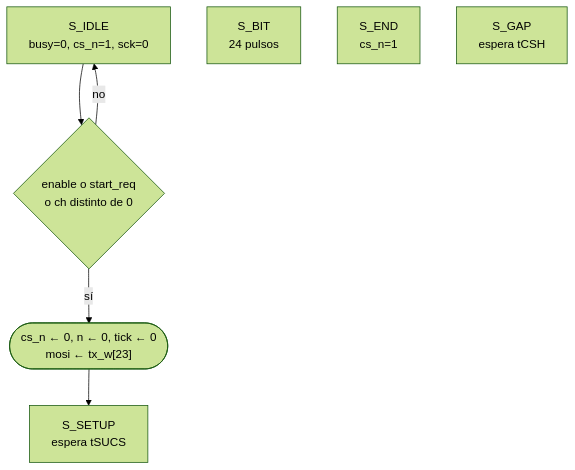
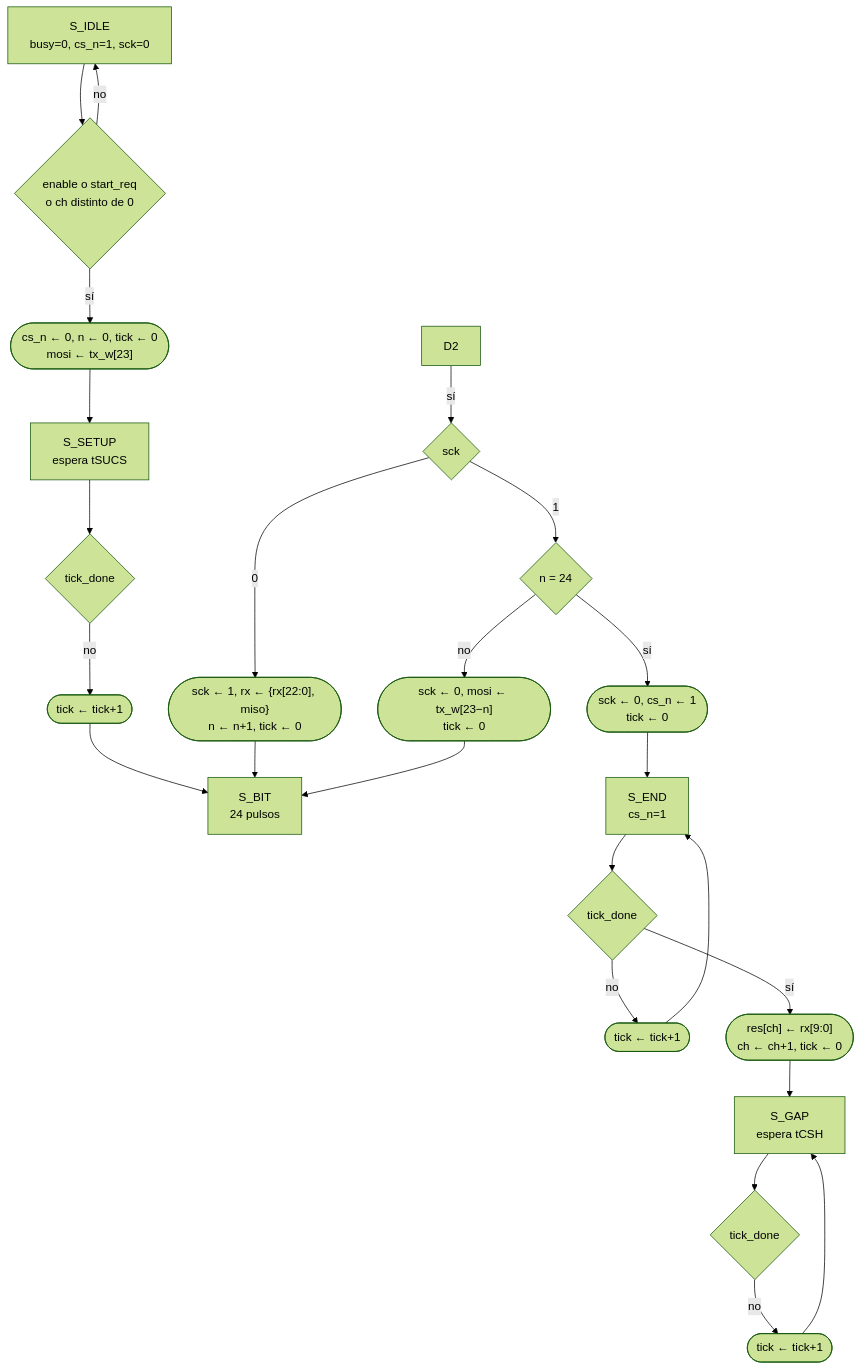
The diagram in grupo2-joystick/README.md (wwilchesc/Proyecto-Final-Digital-Grupo-10), drawn with Mermaid (forest theme) before and after one commit.

````diff
--- a/grupo2-joystick/README.md
+++ b/grupo2-joystick/README.md
@@ -378,11 +378,23 @@
 ```mermaid
 flowchart TD
     S0["S_IDLE<br/>busy=0, cs_n=1, sck=0"]
     S1["S_SETUP<br/>espera tSUCS"]
     S2["S_BIT<br/>24 pulsos"]
     S3["S_END<br/>cs_n=1"]
     S4["S_GAP<br/>espera tCSH"]
     S0 --> D0{"enable o start_req<br/>o ch distinto de 0"}
     D0 -- no --> S0
     D0 -- sí --> O0(["cs_n ← 0, n ← 0, tick ← 0<br/>mosi ← tx_w[23]"]) --> S1
+    S1 --> D1{"tick_done"}
+    D1 -- no --> O3(["tick ← tick+1"]) --> S2
+    D2 -- sí --> D3{"sck"}
+    D3 -- 0 --> O4(["sck ← 1, rx ← {rx[22:0], miso}<br/>n ← n+1, tick ← 0"]) --> S2
+    D3 -- 1 --> D4{"n = 24"}
+    D4 -- no --> O5(["sck ← 0, mosi ← tx_w[23−n]<br/>tick ← 0"]) --> S2
+    D4 -- sí --> O6(["sck ← 0, cs_n ← 1<br/>tick ← 0"]) --> S3
+    S3 --> D5{"tick_done"}
+    D5 -- no --> O7(["tick ← tick+1"]) --> S3
+    D5 -- sí --> O8(["res[ch] ← rx[9:0]<br/>ch ← ch+1, tick ← 0"]) --> S4
+    S4 --> D6{"tick_done"}
+    D6 -- no --> O9(["tick ← tick+1"]) --> S4
  ```
````
